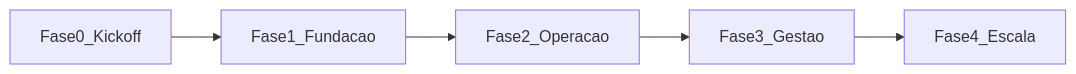
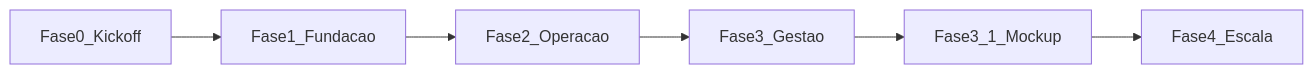
One commit to SouCanella/loja changed the diagram in doc/fases/PLANO-ROADMAP-FASES.md. Above: the diagram before and after it, drawn with Mermaid. The commit also changed other lines of this file and 6 other files, not shown here.

First line of the commit message:
docs: Fase 3.1 paridade mockup (mapa RF, gráficos, roadmap)

````diff
--- a/doc/fases/PLANO-ROADMAP-FASES.md
+++ b/doc/fases/PLANO-ROADMAP-FASES.md
@@ -49,9 +50,10 @@
 ```mermaid
 flowchart LR
   f0[Fase0_Kickoff]
   f1[Fase1_Fundacao]
   f2[Fase2_Operacao]
   f3[Fase3_Gestao]
+  f31[Fase3_1_Mockup]
   f4[Fase4_Escala]
-  f0 --> f1 --> f2 --> f3 --> f4
+  f0 --> f1 --> f2 --> f3 --> f31 --> f4
 ```
````
